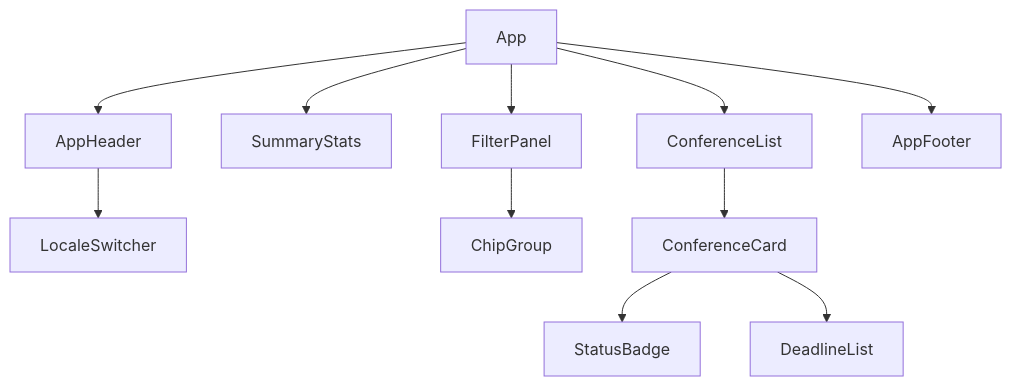
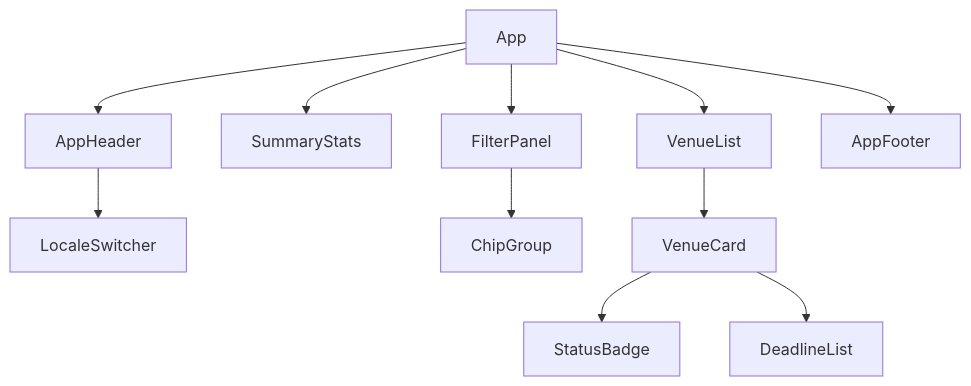
One commit to konbraphat51/GameRelatedCfPs changed the second of 3 diagrams in Docs/Architecture.ja.md. Above: the diagram before and after it, drawn with Mermaid. The commit also changed other lines of this file and 5 other files, not shown here.

Commit message:
docs: describe journals, rolling status and Venue model

````diff
--- a/Docs/Architecture.ja.md
+++ b/Docs/Architecture.ja.md
@@ -87,10 +90,10 @@
 ```mermaid
 graph TD
   App --> AppHeader --> LocaleSwitcher
   App --> SummaryStats
   App --> FilterPanel --> ChipGroup
-  App --> ConferenceList --> ConferenceCard
-  ConferenceCard --> StatusBadge
-  ConferenceCard --> DeadlineList
+  App --> VenueList --> VenueCard
+  VenueCard --> StatusBadge
+  VenueCard --> DeadlineList
   App --> AppFooter
 ```
````
